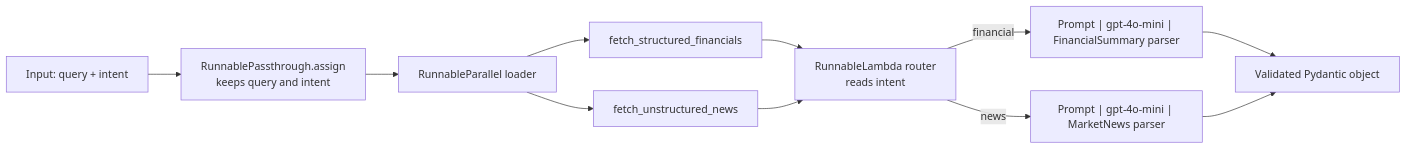
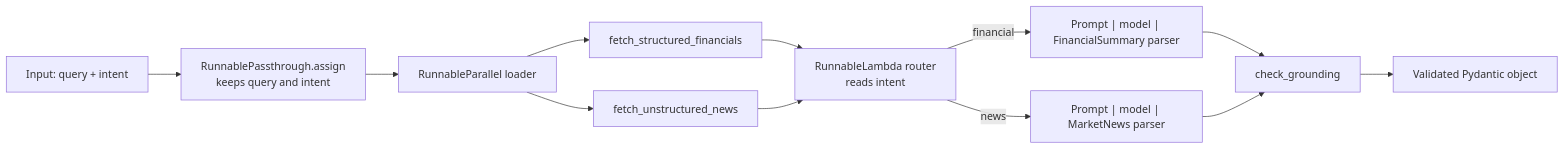
Before and after one commit to mohamedsoliman4512-lang/fincorp-rag-pipeline: the diagram in design_proposal.md, drawn with Mermaid. The commit also changed other lines of this file and 7 other files, not shown here.

First line of the commit message:
Add real-run evidence, grounding check and submission checks

````diff
--- a/design_proposal.md
+++ b/design_proposal.md
@@ -15,13 +15,14 @@
 ```mermaid
 flowchart LR
     I["Input: query + intent"] --> P["RunnablePassthrough.assign<br/>keeps query and intent"]
     P --> L["RunnableParallel loader"]
     L --> F["fetch_structured_financials"]
     L --> N["fetch_unstructured_news"]
     F --> R["RunnableLambda router<br/>reads intent"]
     N --> R
-    R -->|"financial"| C1["Prompt | gpt-4o-mini | FinancialSummary parser"]
-    R -->|"news"| C2["Prompt | gpt-4o-mini | MarketNews parser"]
-    C1 --> O["Validated Pydantic object"]
-    C2 --> O
+    R -->|"financial"| C1["Prompt | model | FinancialSummary parser"]
+    R -->|"news"| C2["Prompt | model | MarketNews parser"]
+    C1 --> G["check_grounding"]
+    C2 --> G
+    G --> O["Validated Pydantic object"]
 ```
````
